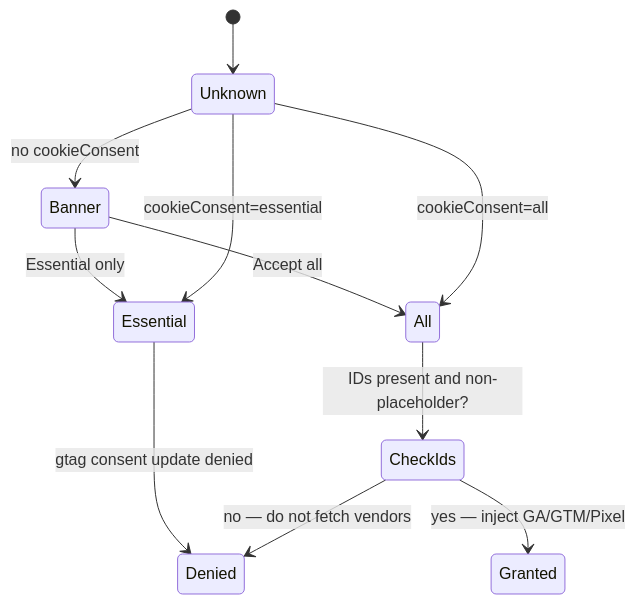
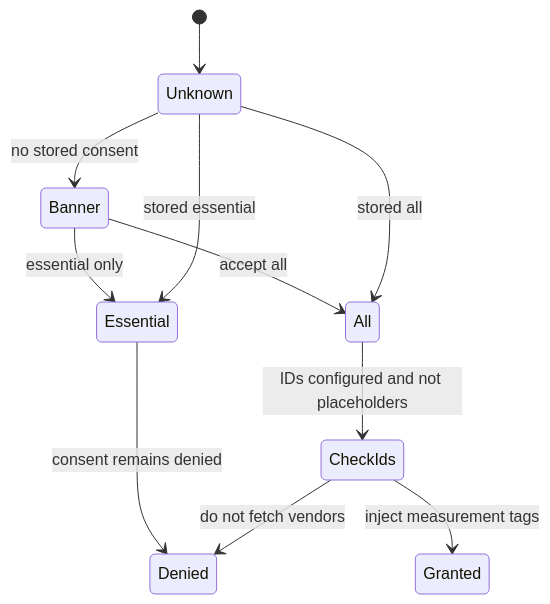
Before and after one commit to TheHien04/Deltadev-link-: the fifth of 6 diagrams in README.md, drawn with Mermaid. The commit also changed other lines of this file and 10 other files, not shown here.

First line of the commit message:
Fix GitHub Mermaid parse errors and use Mekong Delta origin

````diff
--- a/README.md
+++ b/README.md
@@ -594,13 +598,13 @@
 ```mermaid
 stateDiagram-v2
   [*] --> Unknown
-  Unknown --> Banner: no cookieConsent
-  Banner --> Essential: Essential only
-  Banner --> All: Accept all
-  Unknown --> Essential: cookieConsent=essential
-  Unknown --> All: cookieConsent=all
-  Essential --> Denied: gtag consent update denied
-  All --> CheckIds: IDs present and non-placeholder?
-  CheckIds --> Granted: yes — inject GA/GTM/Pixel
-  CheckIds --> Denied: no — do not fetch vendors
+  Unknown --> Banner: no stored consent
+  Banner --> Essential: essential only
+  Banner --> All: accept all
+  Unknown --> Essential: stored essential
+  Unknown --> All: stored all
+  Essential --> Denied: consent remains denied
+  All --> CheckIds: IDs configured and not placeholders
+  CheckIds --> Granted: inject measurement tags
+  CheckIds --> Denied: do not fetch vendors
 ```
````
